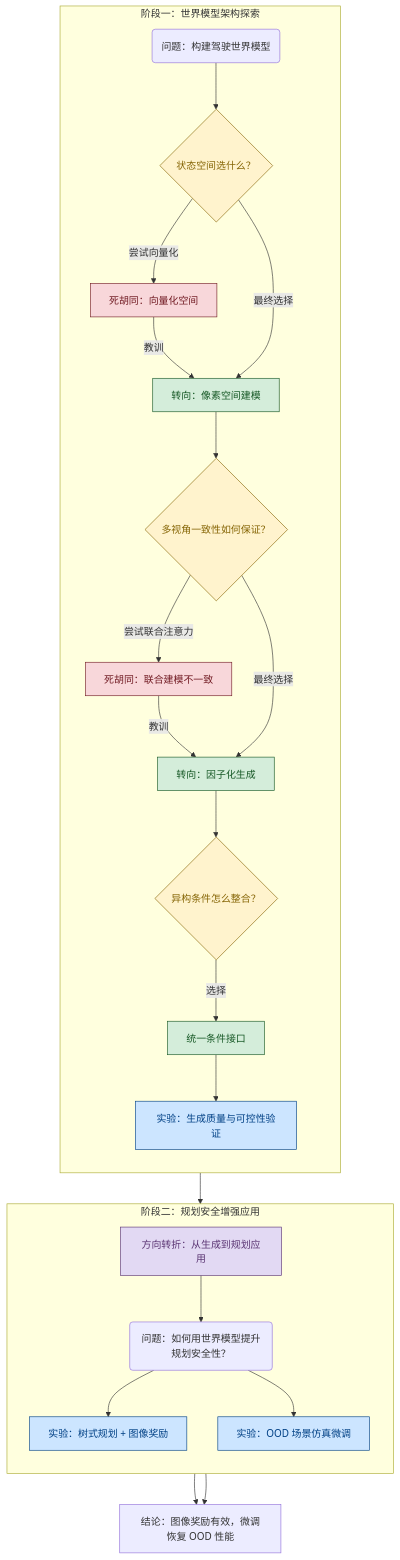
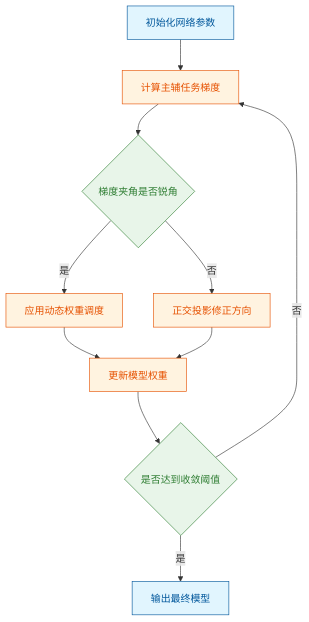
Before and after one commit to ShinewineW/paper-rolling: the fourth of 10 diagrams in person_vault/2026-06-08_DrivingIntoTheFuture_2311.17918/report.md, drawn with Mermaid. The commit also changed other lines of this file and 300 other files, not shown here.

````diff
--- a/person_vault/2026-06-08_DrivingIntoTheFuture_2311.17918/report.md
+++ b/person_vault/2026-06-08_DrivingIntoTheFuture_2311.17918/report.md
@@ -434,38 +204,17 @@
 ```mermaid
-graph TB
-    subgraph phase1["阶段一：世界模型架构探索"]
-        direction TB
-        q1(问题：构建驾驶世界模型) --> d1{状态空间选什么？}
-        d1 -- 尝试向量化 --> dead1["死胡同：向量化空间"]
-        dead1 -- 教训 --> pixel["转向：像素空间建模"]
-        d1 -- 最终选择 --> pixel
-        pixel --> d2{多视角一致性如何保证？}
-        d2 -- 尝试联合注意力 --> dead2["死胡同：联合建模不一致"]
-        dead2 -- 教训 --> factor["转向：因子化生成"]
-        d2 -- 最终选择 --> factor
-        factor --> d3{异构条件怎么整合？}
-        d3 -- 选择 --> unified["统一条件接口"]
-        unified --> e1["实验：生成质量与可控性验证"]
-    end
-    phase1 --> pivot["方向转折：从生成到规划应用"]
-    subgraph phase2["阶段二：规划安全增强应用"]
-        direction TB
-        pivot --> q2(问题：如何用世界模型提升规划安全性？)
-        q2 --> e3["实验：树式规划 + 图像奖励"]
-        q2 --> e4["实验：OOD 场景仿真微调"]
-    end
-    e3 --> result["结论：图像奖励有效，微调恢复 OOD 性能"]
-    e4 --> result
-    
-    classDef success fill:#d4edda,stroke:#155724,color:#155724
-    classDef dead fill:#f8d7da,stroke:#721c24,color:#721c24
-    classDef decision fill:#fff3cd,stroke:#856404,color:#856404
-    classDef exp fill:#cce5ff,stroke:#004085,color:#004085
-    classDef pivotal fill:#e2d9f3,stroke:#5a3472,color:#5a3472
-    
-    class pixel,factor,unified success
-    class dead1,dead2 dead
-    class d1,d2,d3 decision
-    class e1,e3,e4 exp
-    class pivot pivotal
+flowchart TD
+    classDef startend fill:#e1f5fe,stroke:#01579b,color:#01579b;
+    classDef process fill:#fff3e0,stroke:#e65100,color:#e65100;
+    classDef decision fill:#e8f5e9,stroke:#2e7d32,color:#2e7d32;
+    classDef data fill:#f3e5f5,stroke:#7b1fa2,color:#7b1fa2;
+
+    init["初始化网络参数"]:::startend --> calc_grad["计算主辅任务梯度"]:::process
+    calc_grad --> check_conflict{梯度夹角是否锐角}:::decision
+    check_conflict -- 是 --> apply_weight["应用动态权重调度"]:::process
+    check_conflict -- 否 --> project_orth["正交投影修正方向"]:::process
+    apply_weight --> update_param["更新模型权重"]:::process
+    project_orth --> update_param
+    update_param --> check_converge{是否达到收敛阈值}:::decision
+    check_converge -- 否 --> calc_grad
+    check_converge -- 是 --> output_model["输出最终模型"]:::startend
 ```
````
